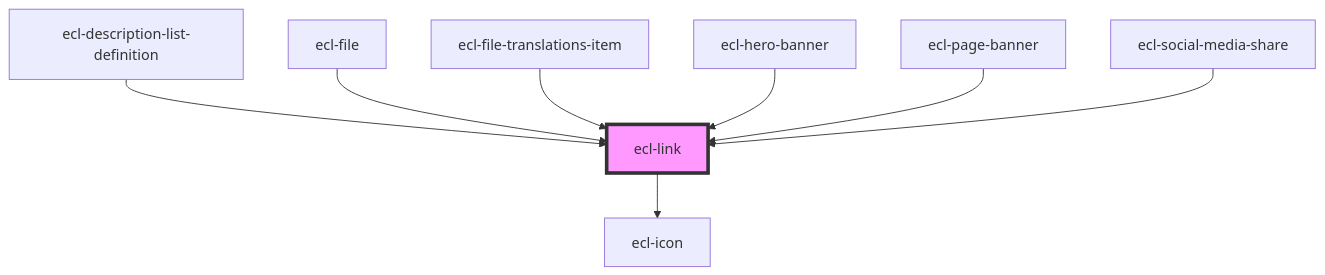
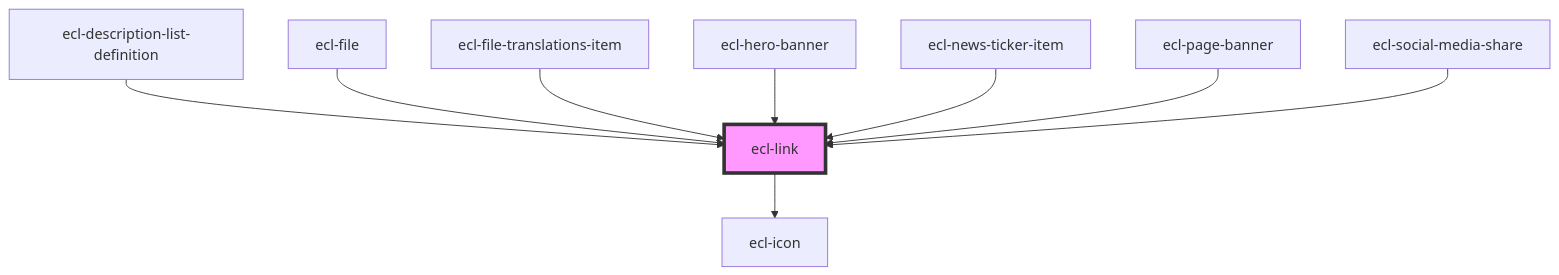
Before and after one commit to ec-europa/ecl-webcomponents: the diagram in src/components/ecl-link/readme.md, drawn with Mermaid. The commit also changed other lines of this file and 15 other files, not shown here.

Commit message:
chore(webcomponents): Adding news-ticker

````diff
--- a/src/components/ecl-link/readme.md
+++ b/src/components/ecl-link/readme.md
@@ -36,11 +37,12 @@
 ```mermaid
 graph TD;
   ecl-link --> ecl-icon
   ecl-description-list-definition --> ecl-link
   ecl-file --> ecl-link
   ecl-file-translations-item --> ecl-link
   ecl-hero-banner --> ecl-link
+  ecl-news-ticker-item --> ecl-link
   ecl-page-banner --> ecl-link
   ecl-social-media-share --> ecl-link
   style ecl-link fill:#f9f,stroke:#333,stroke-width:4px
 ```
````
